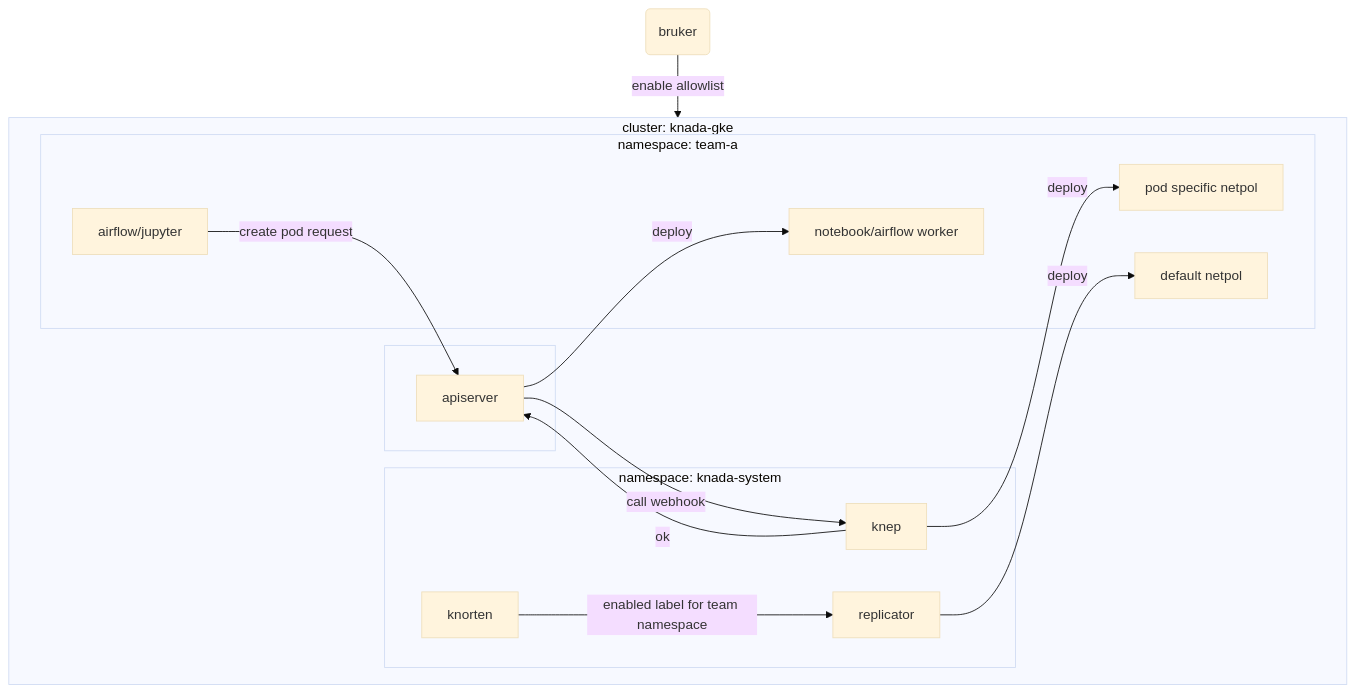
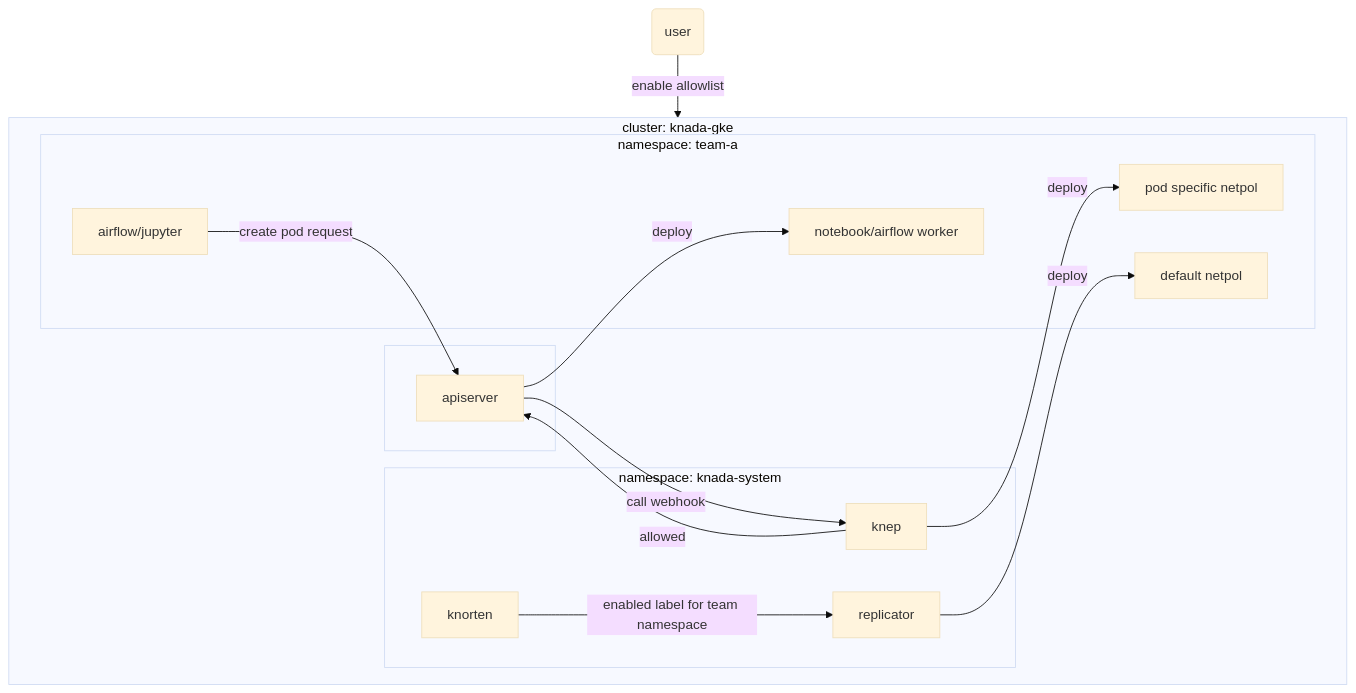
Before and after one commit to navikt/knep: the diagram in README.md, drawn with Mermaid (base theme). The commit also changed other lines of this file, not shown here.

Commit message:
minor fixes in readme

````diff
--- a/README.md
+++ b/README.md
@@ -6,23 +6,23 @@
 ```mermaid
 graph TB;
-    user(bruker)
+    user(user)
     user--"enable allowlist"-->knorten[knorten]
     subgraph "cluster: knada-gke"
         direction LR
         subgraph "namespace: knada-system"
             knorten[knorten]--"enabled label for team namespace"-->replicator[replicator]
             knep[knep]
         end
         subgraph " "
             apiserver[apiserver]--"call webhook"-->knep
         end
         subgraph "namespace: team-a"
             apiserver--"deploy"-->task[notebook/airflow worker]
             service[airflow/jupyter]--"create pod request"-->apiserver
             defaultnetpol[default netpol]
             knep[knep]--"deploy"-->tasknetpol[pod specific netpol]
-            knep--"ok"-->apiserver
+            knep--"allowed"-->apiserver
             replicator--"deploy"-->defaultnetpol[default netpol]
         end
     end
 ```
````
